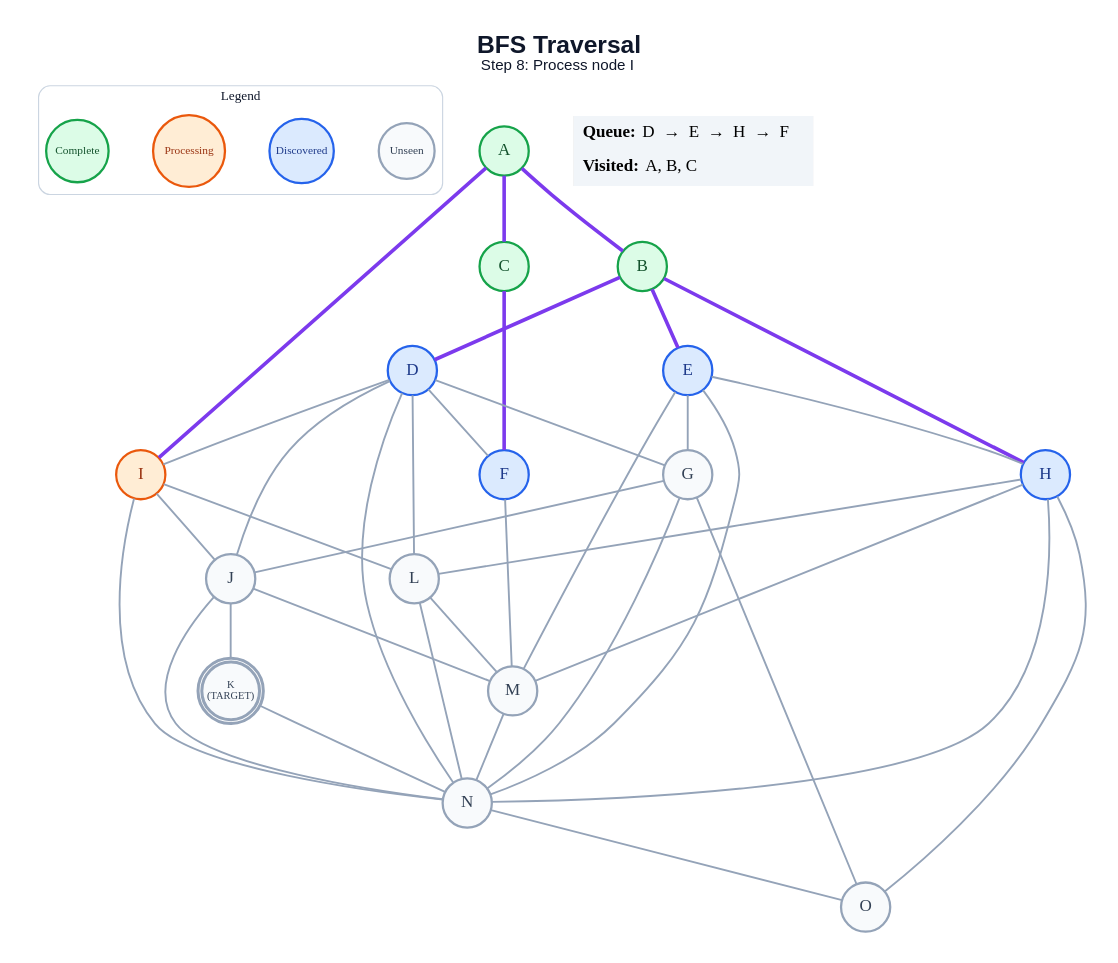
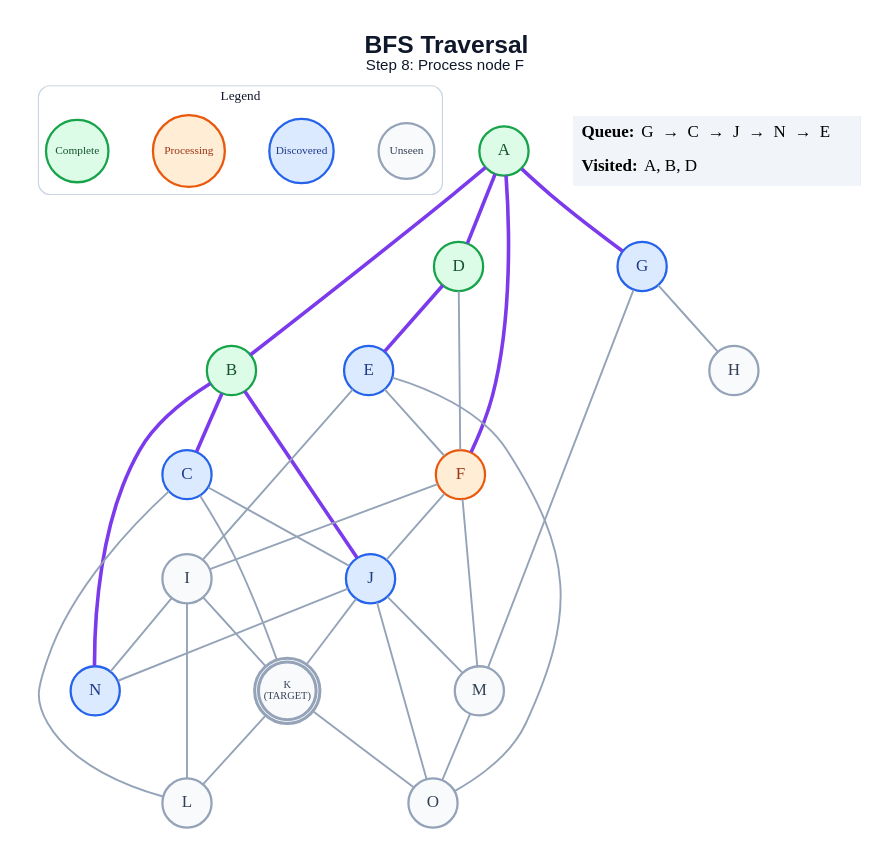
The diagram in generated/bfs/step_08.dot (anon7238593-create/ai-slop), drawn with Graphviz before and after one commit. The commit also changed 301 other files, not shown here.

```diff
--- a/generated/bfs/step_08.dot
+++ b/generated/bfs/step_08.dot
@@ -1,70 +1,64 @@
 graph traversal {
   graph [layout=dot, rankdir=TB, bgcolor="#FFFFFF", pad="0.35", nodesep="0.65", ranksep="0.8", fontname="Arial"];
   node [shape=circle, style="filled", fontname="Arial Bold", fontsize=18, width=0.72, fixedsize=true, penwidth=2.4];
   edge [color="#94A3B8", penwidth=2.0];
-  label=<<B>BFS Traversal</B><BR/><FONT POINT-SIZE="16">Step 8: Process node I</FONT>>; labelloc="t"; fontsize=26; fontname="Arial"; fontcolor="#0F172A";
+  label=<<B>BFS Traversal</B><BR/><FONT POINT-SIZE="16">Step 8: Process node F</FONT>>; labelloc="t"; fontsize=26; fontname="Arial"; fontcolor="#0F172A";
   subgraph cluster_legend { label="Legend"; color="#CBD5E1"; penwidth=1.2; style="rounded"; fontsize=14; fontname="Arial Bold";
     key_unseen [label="Unseen", fillcolor="#F8FAFC", color="#94A3B8", fontcolor="#334155", fontsize=12, width=0.82];
     key_frontier [label="Discovered", fillcolor="#DBEAFE", color="#2563EB", fontcolor="#1E3A8A", fontsize=12, width=0.95];
     key_current [label="Processing", fillcolor="#FFEDD5", color="#EA580C", fontcolor="#9A3412", fontsize=12, width=1.05];
     key_done [label="Complete", fillcolor="#DCFCE7", color="#16A34A", fontcolor="#14532D", fontsize=12, width=0.92];
     { rank=same; key_unseen; key_frontier; key_current; key_done; }
   }
   A [label="A", fillcolor="#DCFCE7", color="#16A34A", fontcolor="#14532D", peripheries=1, penwidth=2.4];
   B [label="B", fillcolor="#DCFCE7", color="#16A34A", fontcolor="#14532D", peripheries=1, penwidth=2.4];
-  C [label="C", fillcolor="#DCFCE7", color="#16A34A", fontcolor="#14532D", peripheries=1, penwidth=2.4];
-  D [label="D", fillcolor="#DBEAFE", color="#2563EB", fontcolor="#1E3A8A", peripheries=1, penwidth=2.4];
+  C [label="C", fillcolor="#DBEAFE", color="#2563EB", fontcolor="#1E3A8A", peripheries=1, penwidth=2.4];
+  D [label="D", fillcolor="#DCFCE7", color="#16A34A", fontcolor="#14532D", peripheries=1, penwidth=2.4];
   E [label="E", fillcolor="#DBEAFE", color="#2563EB", fontcolor="#1E3A8A", peripheries=1, penwidth=2.4];
-  F [label="F", fillcolor="#DBEAFE", color="#2563EB", fontcolor="#1E3A8A", peripheries=1, penwidth=2.4];
-  G [label="G", fillcolor="#F8FAFC", color="#94A3B8", fontcolor="#334155", peripheries=1, penwidth=2.4];
-  H [label="H", fillcolor="#DBEAFE", color="#2563EB", fontcolor="#1E3A8A", peripheries=1, penwidth=2.4];
-  I [label="I", fillcolor="#FFEDD5", color="#EA580C", fontcolor="#9A3412", peripheries=1, penwidth=2.4];
-  J [label="J", fillcolor="#F8FAFC", color="#94A3B8", fontcolor="#334155", peripheries=1, penwidth=2.4];
+  F [label="F", fillcolor="#FFEDD5", color="#EA580C", fontcolor="#9A3412", peripheries=1, penwidth=2.4];
+  G [label="G", fillcolor="#DBEAFE", color="#2563EB", fontcolor="#1E3A8A", peripheries=1, penwidth=2.4];
+  H [label="H", fillcolor="#F8FAFC", color="#94A3B8", fontcolor="#334155", peripheries=1, penwidth=2.4];
+  I [label="I", fillcolor="#F8FAFC", color="#94A3B8", fontcolor="#334155", peripheries=1, penwidth=2.4];
+  J [label="J", fillcolor="#DBEAFE", color="#2563EB", fontcolor="#1E3A8A", peripheries=1, penwidth=2.4];
   K [label="K\n(TARGET)", fillcolor="#F8FAFC", color="#94A3B8", fontcolor="#334155", peripheries=2, penwidth=3.2, fontsize=11, width=0.85, height=0.85];
   L [label="L", fillcolor="#F8FAFC", color="#94A3B8", fontcolor="#334155", peripheries=1, penwidth=2.4];
   M [label="M", fillcolor="#F8FAFC", color="#94A3B8", fontcolor="#334155", peripheries=1, penwidth=2.4];
-  N [label="N", fillcolor="#F8FAFC", color="#94A3B8", fontcolor="#334155", peripheries=1, penwidth=2.4];
+  N [label="N", fillcolor="#DBEAFE", color="#2563EB", fontcolor="#1E3A8A", peripheries=1, penwidth=2.4];
   O [label="O", fillcolor="#F8FAFC", color="#94A3B8", fontcolor="#334155", peripheries=1, penwidth=2.4];
   A -- B [color="#7C3AED", penwidth=3.8];
-  A -- C [color="#7C3AED", penwidth=3.8];
-  A -- I [color="#7C3AED", penwidth=3.8];
-  B -- D [color="#7C3AED", penwidth=3.8];
-  B -- E [color="#7C3AED", penwidth=3.8];
-  B -- H [color="#7C3AED", penwidth=3.8];
-  C -- F [color="#7C3AED", penwidth=3.8];
+  A -- D [color="#7C3AED", penwidth=3.8];
+  A -- F [color="#7C3AED", penwidth=3.8];
+  A -- G [color="#7C3AED", penwidth=3.8];
+  B -- C [color="#7C3AED", penwidth=3.8];
+  B -- J [color="#7C3AED", penwidth=3.8];
+  B -- N [color="#7C3AED", penwidth=3.8];
+  C -- J;
+  C -- K;
+  C -- L;
+  D -- E [color="#7C3AED", penwidth=3.8];
   D -- F;
-  D -- G;
-  D -- I;
-  D -- J;
-  D -- L;
-  D -- N;
-  E -- G;
-  E -- H;
-  E -- M;
-  E -- N;
+  E -- F;
+  E -- I;
+  E -- O;
+  F -- I;
+  F -- J;
   F -- M;
-  G -- J;
-  G -- N;
-  G -- O;
-  H -- L;
-  H -- M;
-  H -- N;
-  H -- O;
-  I -- J;
+  G -- H;
+  G -- M;
+  I -- K;
   I -- L;
   I -- N;
   J -- K;
   J -- M;
   J -- N;
-  K -- N;
-  L -- M;
-  L -- N;
-  M -- N;
-  N -- O;
+  J -- O;
+  K -- L;
+  K -- O;
+  M -- O;
   status [shape=plain, fixedsize=false, width=0, height=0, margin=0, label=<
     <TABLE BORDER="0" CELLBORDER="0" CELLPADDING="7" BGCOLOR="#F1F5F9">
-      <TR><TD ALIGN="LEFT"><B>Queue:</B> D  →  E  →  H  →  F</TD></TR>
-      <TR><TD ALIGN="LEFT"><B>Visited:</B> A, B, C</TD></TR>
+      <TR><TD ALIGN="LEFT"><B>Queue:</B> G  →  C  →  J  →  N  →  E</TD></TR>
+      <TR><TD ALIGN="LEFT"><B>Visited:</B> A, B, D</TD></TR>
     </TABLE>
   >];
 }
```
